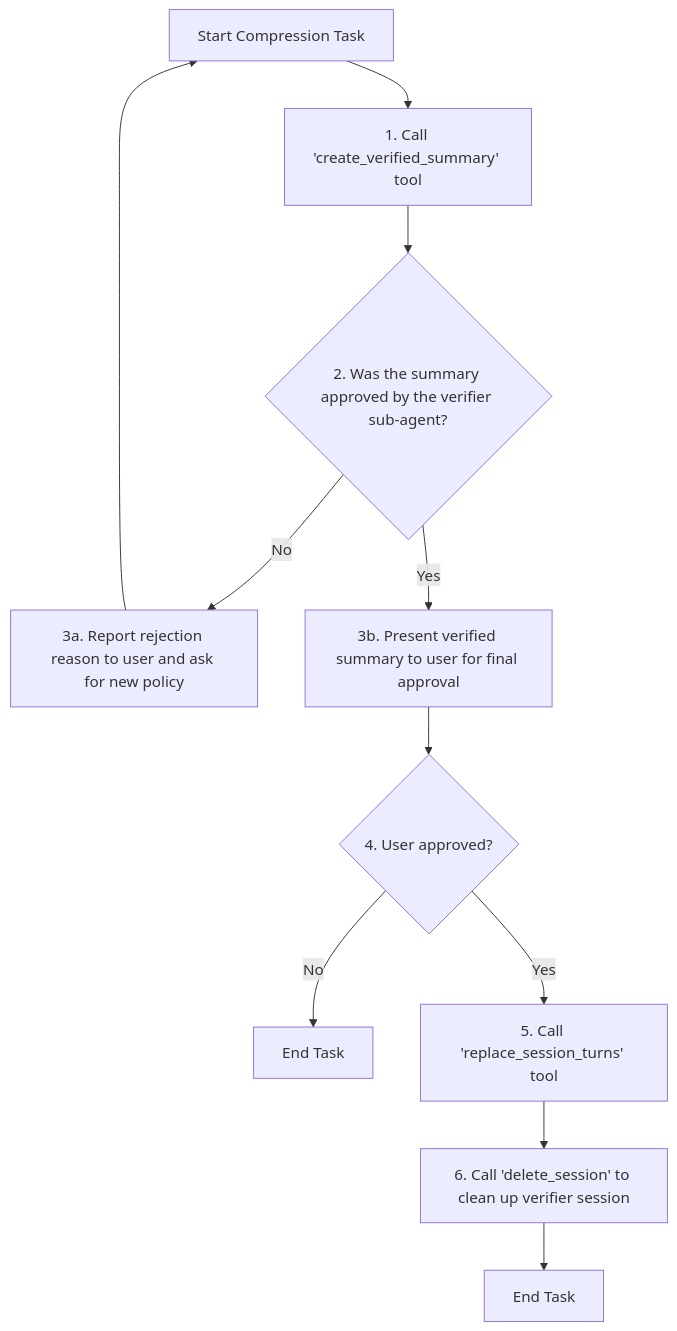
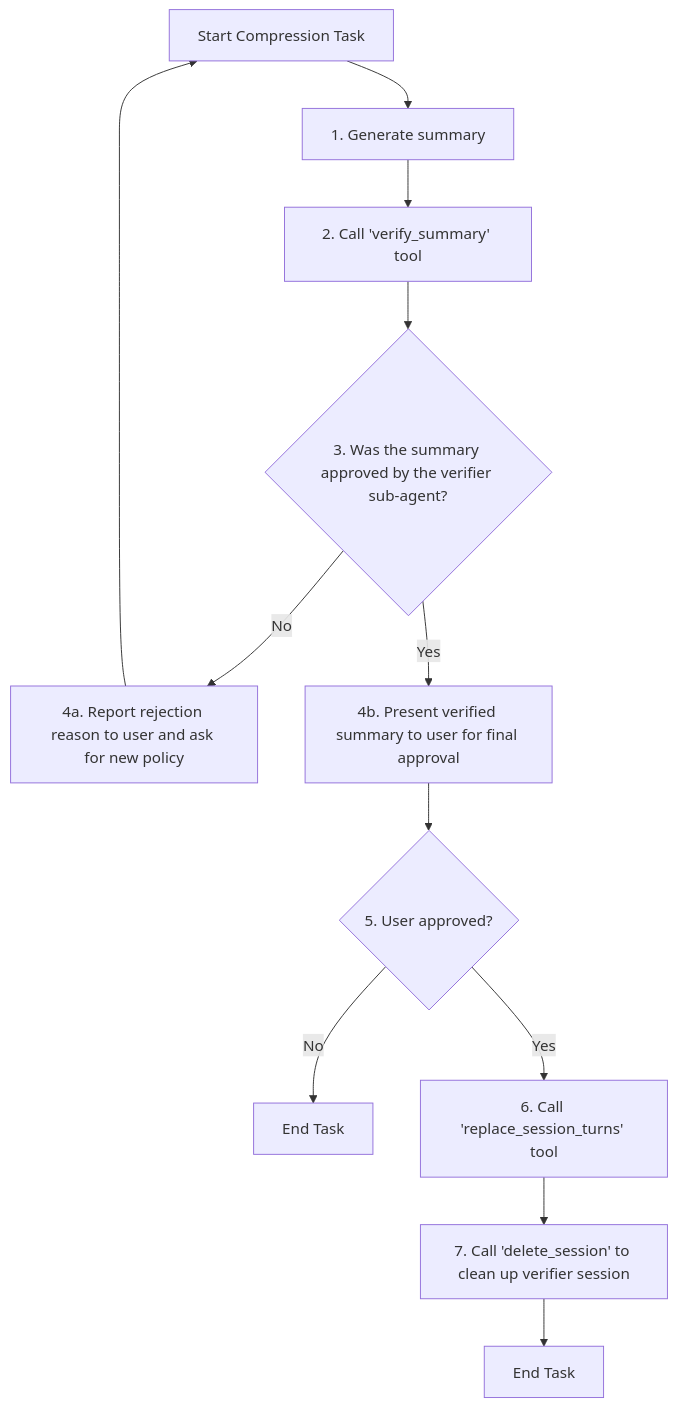
The diagram in roles/compressor.md (s-age/pipe), drawn with Mermaid before and after one commit. The commit also changed other lines of this file and 41 other files, not shown here.

````diff
--- a/roles/compressor.md
+++ b/roles/compressor.md
@@ -9,13 +11,14 @@
 ```mermaid
 graph TD
-    A["Start Compression Task"] --> B["1. Call 'create_verified_summary' tool"];
-    B --> C{"2. Was the summary approved by the verifier sub-agent?"};
-    C -- "No" --> D["3a. Report rejection reason to user and ask for new policy"];
-    C -- "Yes" --> E["3b. Present verified summary to user for final approval"];
-    E --> F{"4. User approved?"};
-    F -- "No" --> G["End Task"];
-    F -- "Yes" --> H["5. Call 'replace_session_turns' tool"];
-    H --> I["6. Call 'delete_session' to clean up verifier session"];
-    I --> J["End Task"];
-    D --> A;
+    A["Start Compression Task"] --> B["1. Generate summary"];
+    B --> C["2. Call 'verify_summary' tool"];
+    C --> D{"3. Was the summary approved by the verifier sub-agent?"};
+    D -- "No" --> E["4a. Report rejection reason to user and ask for new policy"];
+    D -- "Yes" --> F["4b. Present verified summary to user for final approval"];
+    F --> G{"5. User approved?"};
+    G -- "No" --> H["End Task"];
+    G -- "Yes" --> I["6. Call 'replace_session_turns' tool"];
+    I --> J["7. Call 'delete_session' to clean up verifier session"];
+    J --> K["End Task"];
+    E --> A;
 ```
````
